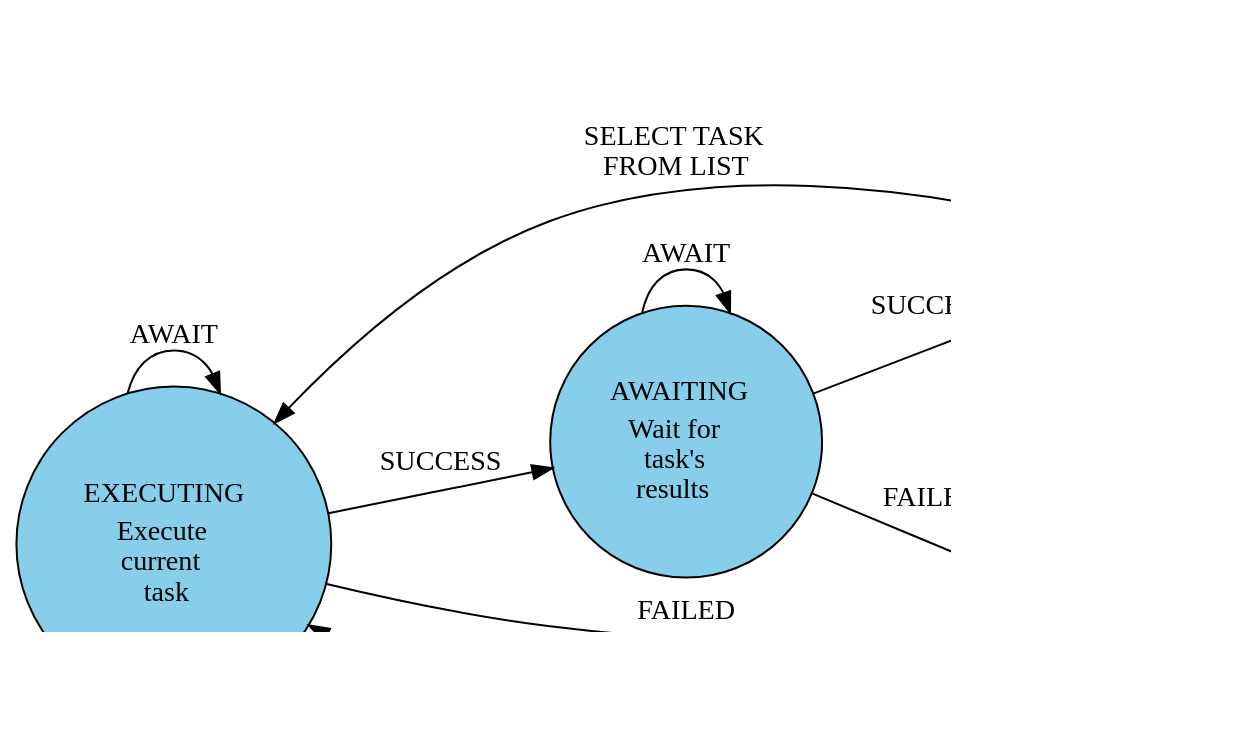
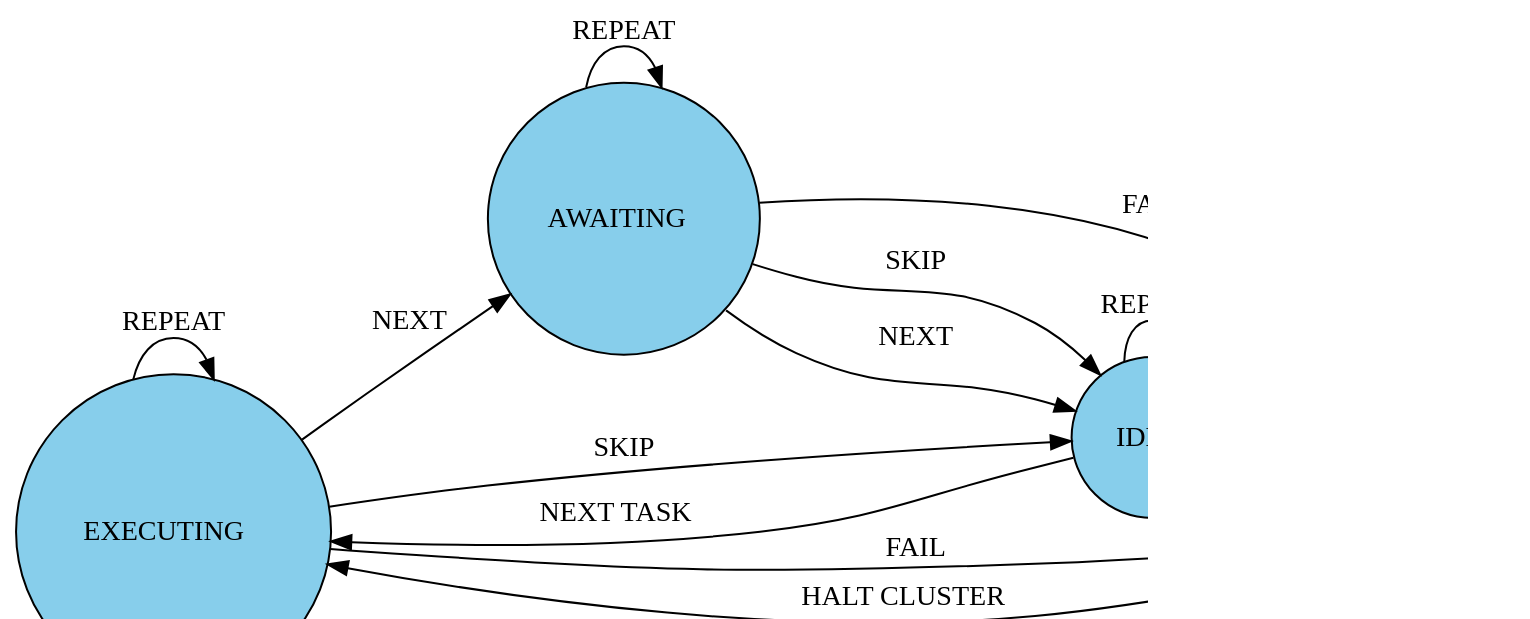
The diagram in graphs/task-executor.dot (nextbreakpoint/flink-k8s-toolbox), drawn with Graphviz before and after one commit. The commit also changed 3 other files, not shown here.

Commit message:
update graphs

```diff
--- a/graphs/task-executor.dot
+++ b/graphs/task-executor.dot
@@ -1,74 +1,59 @@
 digraph state_machine {
   graph [autosize=false, resolution=100];
   center=true;
   margin=0;
   rankdir=LR;
   node [shape=circle, style="filled", fillcolor=skyblue];
   EXECUTING [ label = <
       <TABLE ALIGN="LEFT" BORDER="0" CELLBORDER="0" CELLSPACING="0">
           <TR>
               <TD>EXECUTING</TD>
           </TR>
-          <TR>
-              <TD>Execute<BR/>current<BR/>task</TD>
-          </TR>
       </TABLE>
   > ];
   AWAITING [ label = <
       <TABLE ALIGN="LEFT" BORDER="0" CELLBORDER="0" CELLSPACING="0">
           <TR>
               <TD>AWAITING</TD>
-          </TR>
-          <TR>
-              <TD>Wait for<BR/>task's<BR/>results</TD>
           </TR>
       </TABLE>
   > ];
   IDLE [ label = <
       <TABLE ALIGN="LEFT" BORDER="0" CELLBORDER="0" CELLSPACING="0">
           <TR>
               <TD>IDLE</TD>
           </TR>
-          <TR>
-              <TD>Look for<BR/>tasks<BR/>to execute</TD>
-          </TR>
       </TABLE>
   > ];
   FAILED [ label = <
       <TABLE ALIGN="LEFT" BORDER="0" CELLBORDER="0" CELLSPACING="0">
           <TR>
               <TD>FAILED</TD>
           </TR>
-          <TR>
-              <TD>Change<BR/>cluster's<BR/>status to<BR/>FAILED</TD>
-          </TR>
       </TABLE>
   > ];
-  EXECUTING -> AWAITING [ label = "SUCCESS" ];
-  EXECUTING -> EXECUTING [ label = "AWAIT" ];
-  EXECUTING -> FAILED [ label = "FAILED" ];
-  AWAITING -> IDLE [ label = "SUCCESS" ];
-  AWAITING -> AWAITING [ label = "AWAIT" ];
-  AWAITING -> FAILED [ label = "FAILED" ];
-  IDLE -> IDLE [ label = <
-      <TABLE ALIGN="LEFT" BORDER="0" CELLBORDER="0" CELLSPACING="0">
-          <TR>
-              <TD>TASK NOT<BR/>CHANGED</TD>
-          </TR>
-      </TABLE>
-  > ];
+  EXECUTING -> AWAITING [ label = "NEXT" ];
+  EXECUTING -> EXECUTING [ label = "REPEAT" ];
+  EXECUTING -> FAILED [ label = "FAIL" ];
+  EXECUTING -> IDLE [ label = "SKIP" ];
+  AWAITING -> IDLE [ label = "NEXT" ];
+  AWAITING -> AWAITING [ label = "REPEAT" ];
+  AWAITING -> FAILED [ label = "FAIL" ];
+  AWAITING -> IDLE [ label = "SKIP" ];
+  IDLE -> FAILED [ label = "FAIL" ];
+  IDLE -> IDLE [ label = "REPEAT" ];
   IDLE -> EXECUTING [ label = <
       <TABLE ALIGN="LEFT" BORDER="0" CELLBORDER="0" CELLSPACING="0">
           <TR>
-              <TD>SELECT TASK<BR/>FROM LIST</TD>
+              <TD>NEXT TASK</TD>
           </TR>
       </TABLE>
   > ];
   FAILED -> EXECUTING [ label = <
       <TABLE ALIGN="LEFT" BORDER="0" CELLBORDER="0" CELLSPACING="0">
           <TR>
-              <TD>SELECT TASK<BR/>DO NOTHING</TD>
+              <TD>HALT CLUSTER</TD>
           </TR>
       </TABLE>
   > ];
 }
```
